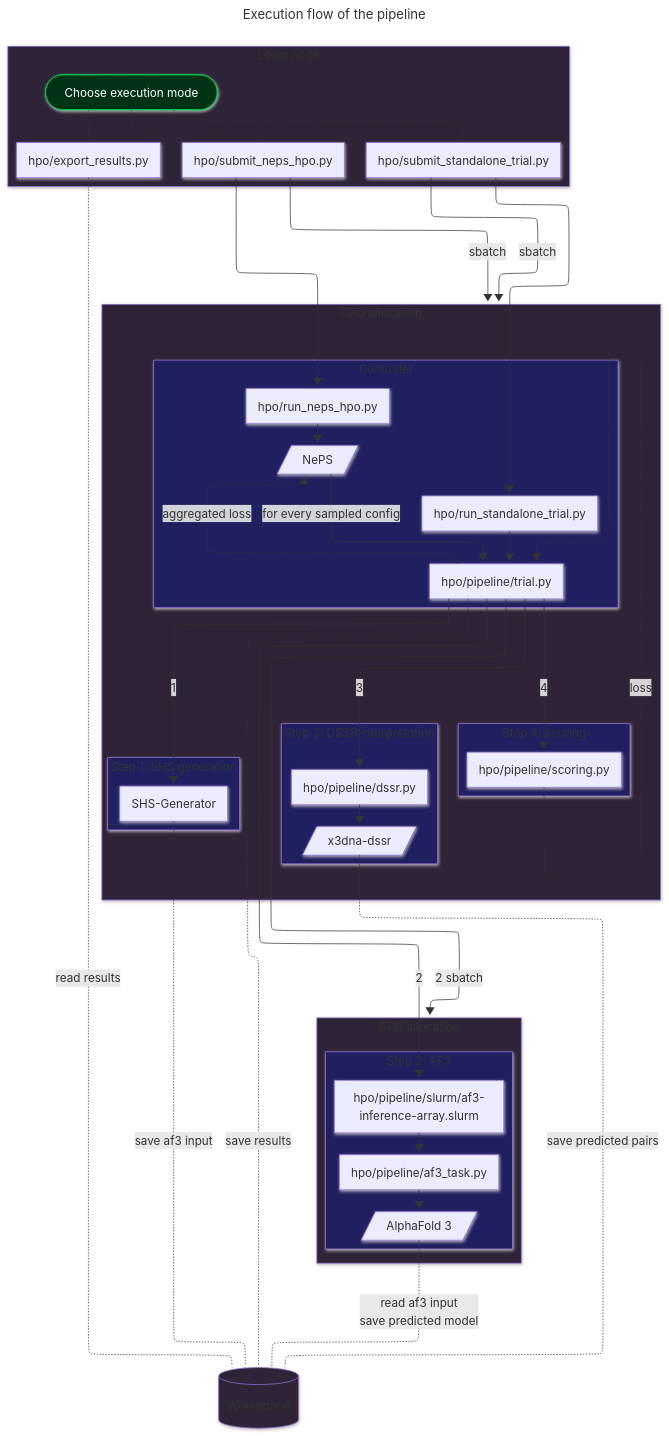
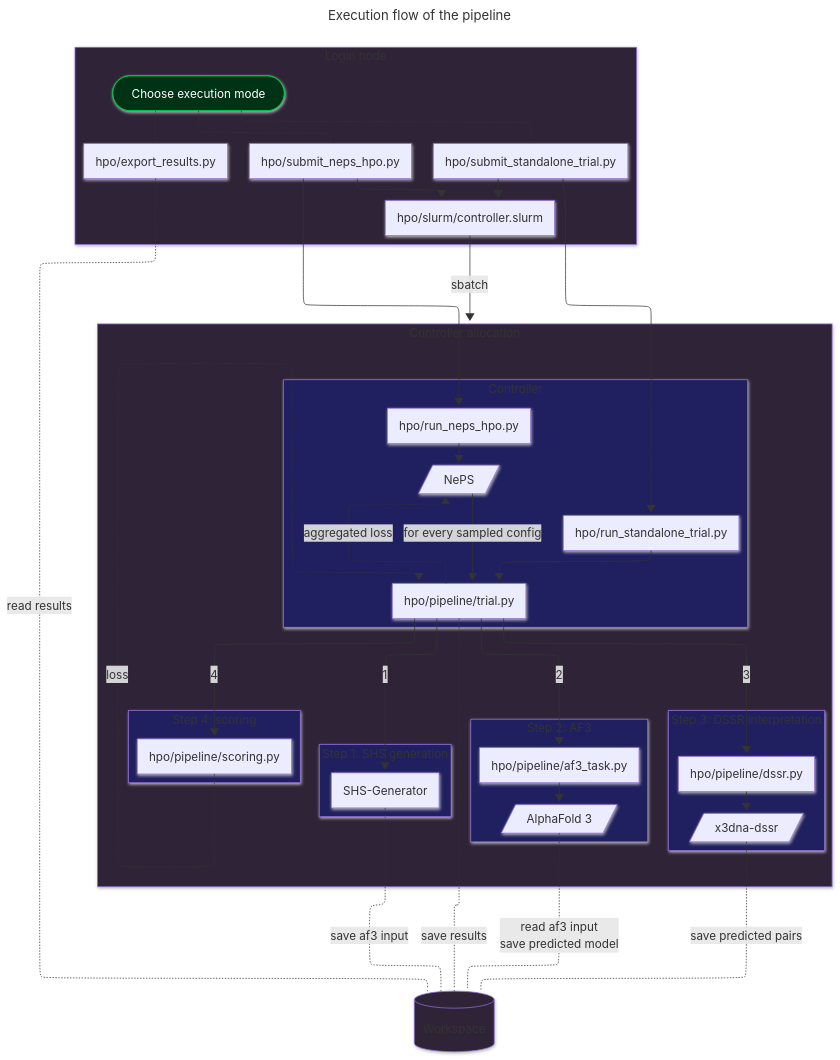
The diagram in hpo/docs/pipeline_flow.mmd (automl/SyntheticEvolution), drawn with Mermaid before and after one commit.

Commit message:
docs(flow_graph): update to match new allocation structure
the hpo/pipeline/run.py file is still missing as it is only used as an import

```diff
--- a/hpo/docs/pipeline_flow.mmd
+++ b/hpo/docs/pipeline_flow.mmd
@@ -1,92 +1,89 @@
 ---
 title: Execution flow of the pipeline
 config:
     look: neo
     layout: elk
 ---
 flowchart TD
 
 subgraph LoginNode["Login node"]
     User(["Choose execution mode"])
     SubmitStandalone["hpo/submit_standalone_trial.py"]
     SubmitNeps["hpo/submit_neps_hpo.py"]
+    Slurm["hpo/slurm/controller.slurm"]
     Export["hpo/export_results.py"]
 end
 
-subgraph CpuNode["CPU allocation"]
+subgraph CpuNode["Controller allocation"]
 
     subgraph StepController["Controller"]
         Trial["hpo/pipeline/trial.py"]
         RunStandalone["hpo/run_standalone_trial.py"]
         RunNeps["hpo/run_neps_hpo.py"]
         NePS[/"NePS"/]
     end
 
     subgraph Step1["Step 1: SHS generation"]
         SHSGenerator["SHS-Generator"]
     end
 
+    subgraph Step2["Step 2: AF3"]
+        AF3Task["hpo/pipeline/af3_task.py"]
+        AF3[/"AlphaFold 3"/]
+    end
+
     subgraph Step3["Step 3: DSSR interpretation"]
         DSSR["hpo/pipeline/dssr.py"]
         DSSRTool[/"x3dna-dssr"/]
     end
+
     subgraph Step4["Step 4: scoring"]
         Scoring["hpo/pipeline/scoring.py"]
     end
-end
 
-subgraph GpuNode["GPU allocation"]
-    subgraph Step2["Step 2: AF3"]
-        AF3Slurm["hpo/pipeline/slurm/af3-inference-array.slurm"]
-        AF3Task["hpo/pipeline/af3_task.py"]
-        AF3[/"AlphaFold 3"/]
-    end
 end
 
 Workspace[("Workspace")]
 
 %% Three login-node execution paths.
 User -.- SubmitStandalone & SubmitNeps & Export
-SubmitNeps --> RunNeps
-SubmitNeps --"sbatch"--> CpuNode
-SubmitStandalone --> RunStandalone
-SubmitStandalone --"sbatch"--> CpuNode
+SubmitNeps --> RunNeps & Slurm
+SubmitStandalone --> RunStandalone & Slurm
+Slurm --"sbatch"--> CpuNode
 
 %% Controller startup and trial ownership.
 RunStandalone --> Trial
 RunNeps --> NePS --"for every sampled config"--> Trial
 Trial -."aggregated loss".-> NePS
 
 %% trial.py executes the four stages in order.
 Trial --"1"--> SHSGenerator 
-Trial --"2"--> AF3Slurm
-Trial --"2 sbatch"--> GpuNode
+Trial --"2"--> AF3Task
 Trial --"3"--> DSSR 
 Trial --"4"--> Scoring
 %% Step 1
 %% Step 2
-AF3Slurm --> AF3Task --> AF3
+AF3Task --> AF3
 %% Step 3
 DSSR --> DSSRTool
 %% Step 4
 Scoring -."loss".-> Trial
 
 %% Workspace access 
 SHSGenerator -."save af3 input".- Workspace
 Trial -."save results".- Workspace
 AF3 -."read af3 input\n save predicted model".- Workspace
 DSSRTool -."save predicted pairs".- Workspace
 Export -."read results".- Workspace
 
 style User color:#FFFFFF, stroke:#00C853, fill:#003215
 
 style CpuNode fill:#2f2437
 style LoginNode fill:#2f2437
-style GpuNode fill:#2f2437
 style Workspace fill:#2f2437
 
 style StepController fill:#202060
 style Step1 fill:#202060
 style Step2 fill:#202060
 style Step3 fill:#202060
 style Step4 fill:#202060
```
